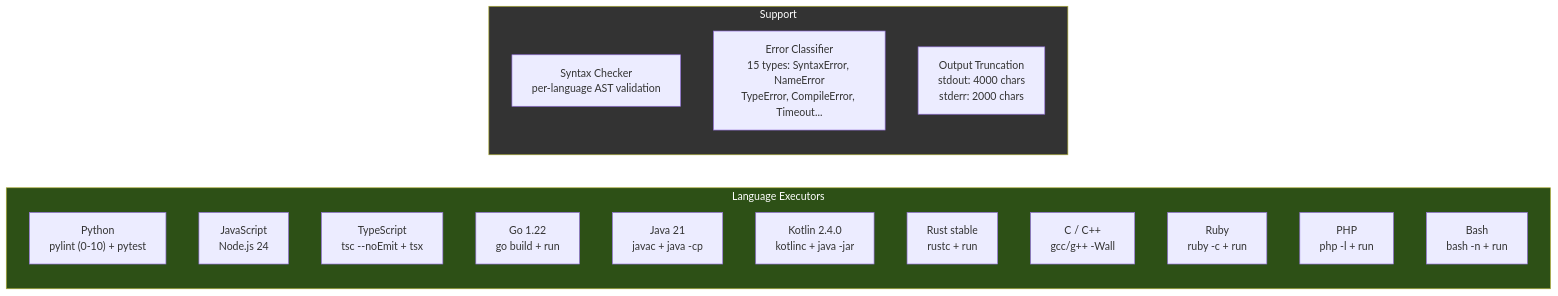
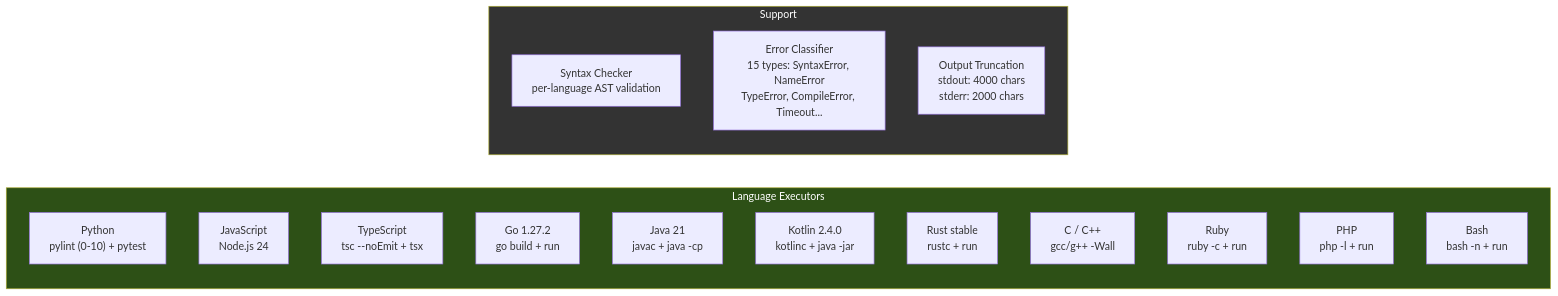
One commit to inferstep/ATLAS changed the sixth of 10 diagrams in docs/ARCHITECTURE.md. Above: the diagram before and after it, drawn with Mermaid. The commit also changed other lines of this file and 15 other files, not shown here.

````diff
--- a/docs/ARCHITECTURE.md
+++ b/docs/ARCHITECTURE.md
@@ -877,25 +871,25 @@
 ```mermaid
 graph LR
     subgraph executors["Language Executors"]
         Py["Python\npylint (0-10) + pytest"]
         JS["JavaScript\nNode.js 24"]
         TS["TypeScript\ntsc --noEmit + tsx"]
-        Go["Go 1.22\ngo build + run"]
+        Go["Go 1.27.2\ngo build + run"]
         Java["Java 21\njavac + java -cp"]
         Kotlin["Kotlin 2.4.0\nkotlinc + java -jar"]
         Rust["Rust stable\nrustc + run"]
         C["C / C++\ngcc/g++ -Wall"]
         Ruby["Ruby\nruby -c + run"]
         PHP["PHP\nphp -l + run"]
         Bash["Bash\nbash -n + run"]
     end
 
     subgraph support["Support"]
         Syn["Syntax Checker\nper-language AST validation"]
         Err["Error Classifier\n15 types: SyntaxError, NameError\nTypeError, CompileError, Timeout..."]
         Trunc["Output Truncation\nstdout: 4000 chars\nstderr: 2000 chars"]
     end
 
     style executors fill:#2d5016,color:#fff
     style support fill:#333,color:#fff
 ```
````
